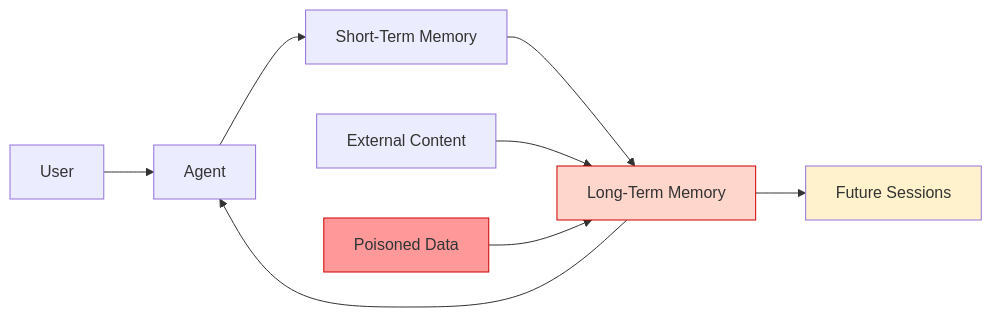
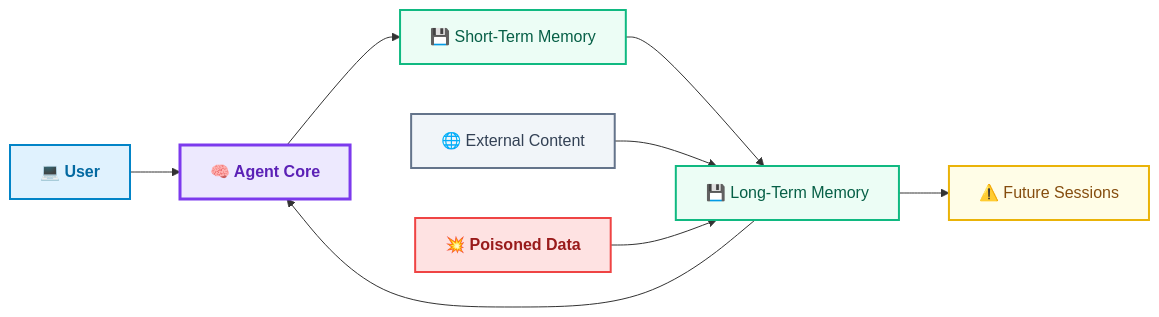
One commit to kamaldhingra1/ase-explorer-app changed the diagram in training/diagrams/agent-memory-security.mmd. Above: the diagram before and after it, drawn with Mermaid. The commit also changed 12 other files, not shown here.

```diff
--- a/training/diagrams/agent-memory-security.mmd
+++ b/training/diagrams/agent-memory-security.mmd
@@ -1,21 +1,39 @@
 flowchart LR
+    %% --- CLASS DEFINITIONS FOR PALETTE ALIGNMENT ---
+    classDef client fill:#E0F2FE,stroke:#0284C7,stroke-width:2px,color:#0369A1,font-weight:bold;
+    classDef orchestrator fill:#EDE9FE,stroke:#7C3AED,stroke-width:3px,color:#5B21B6,font-weight:bold;
+    classDef database fill:#ECFDF5,stroke:#10B981,stroke-width:2px,color:#065F46;
+    classDef threat fill:#FEE2E2,stroke:#EF4444,stroke-width:2px,color:#991B1B,font-weight:bold;
+    classDef blastRadius fill:#FFFDE7,stroke:#EAB308,stroke-width:2px,color:#854D0E;
+    classDef external fill:#F1F5F9,stroke:#64748B,stroke-width:2px,color:#334155;
 
-User --> Agent
+    %% --- NODES & COMPONENTS ---
+    User["💻 User"]
+    Agent["🧠 Agent Core"]
+    STM["💾 Short-Term Memory"]
+    LTM["💾 Long-Term Memory"]
+    External["🌐 External Content"]
+    Poison["💥 Poisoned Data"]
+    Future["⚠️ Future Sessions"]
 
-Agent --> STM["Short-Term Memory"]
+    %% --- APPLY CLASSES ---
+    class User client;
+    class Agent orchestrator;
+    class STM,LTM database;
+    class External external;
+    class Poison threat;
+    class Future blastRadius;
 
-STM --> LTM["Long-Term Memory"]
+    %% --- FLOW RELATIONSHIPS ---
+    %% Standard Execution Loop
+    User --> Agent
+    Agent --> STM
+    STM --> LTM
+    LTM --> Agent
 
-LTM --> Agent
+    %% Ingestion Paths
+    External --> LTM
+    Poison --> LTM
 
-External["External Content"]
---> LTM
-
-Poison["Poisoned Data"]
---> LTM
-
-LTM --> Future["Future Sessions"]
-
-style LTM fill:#ffd6cc,stroke:#cc0000
-style Poison fill:#ff9999,stroke:#cc0000
-style Future fill:#fff2cc
+    %% Exploitation Blast Radius
+    LTM --> Future
```
